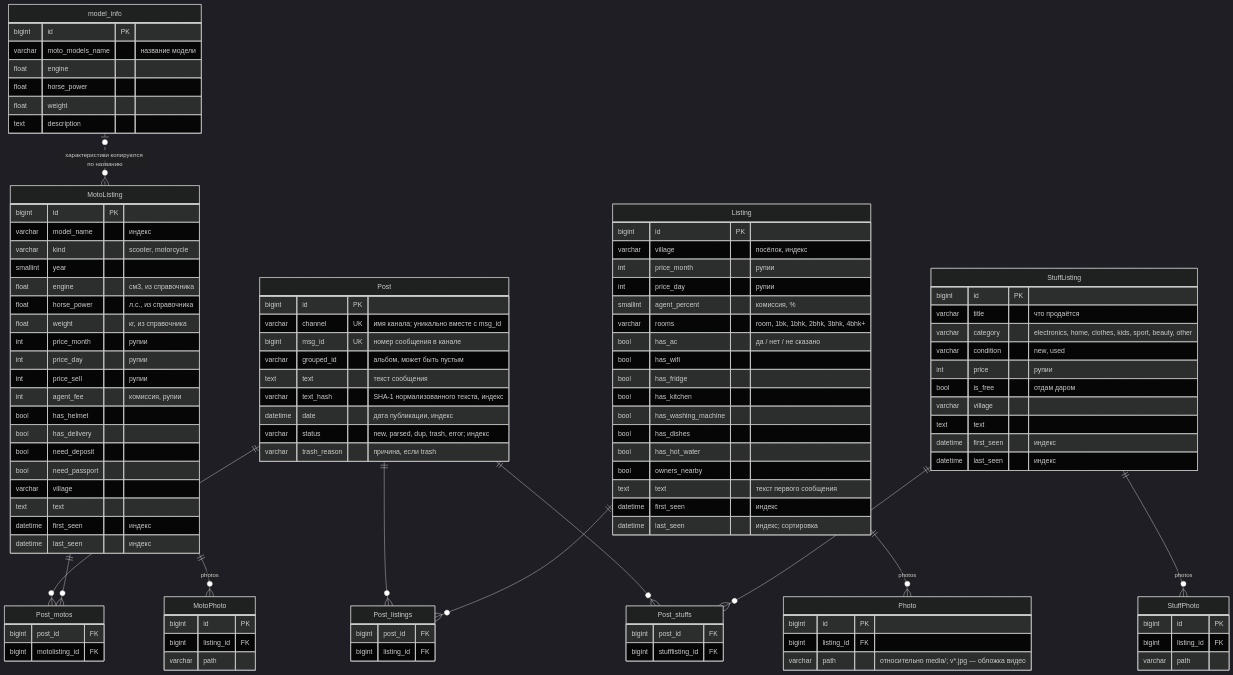
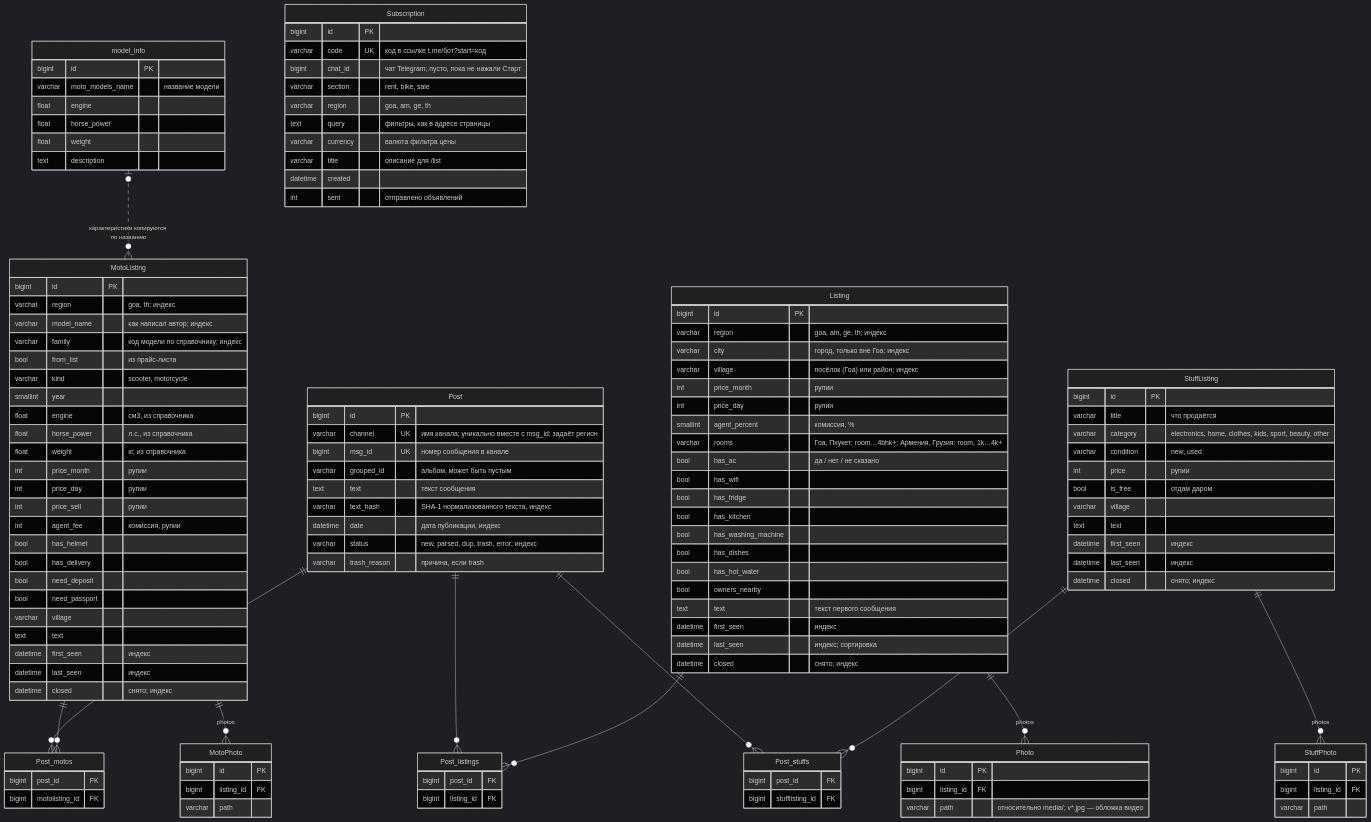
One commit to Demitrofan/Goads changed the diagram in docs/04-data-model.md. Above: the diagram before and after it, drawn with Mermaid (dark theme). The commit also changed other lines of this file and 14 other files, not shown here.

````diff
--- a/docs/04-data-model.md
+++ b/docs/04-data-model.md
@@ -35,7 +43,7 @@
 
     Post {
         bigint id PK
-        varchar channel UK "имя канала; уникально вместе с msg_id"
+        varchar channel UK "имя канала; уникально вместе с msg_id; задаёт регион"
         bigint msg_id UK "номер сообщения в канале"
         varchar grouped_id "альбом, может быть пустым"
         text text "текст сообщения"
@@ -58,11 +66,13 @@
     }
     Listing {
         bigint id PK
-        varchar village "посёлок, индекс"
+        varchar region "goa, am, ge, th; индекс"
+        varchar city "город, только вне Гоа; индекс"
+        varchar village "посёлок (Гоа) или район; индекс"
         int price_month "рупии"
         int price_day "рупии"
         smallint agent_percent "комиссия, %"
-        varchar rooms "room, 1bk, 1bhk, 2bhk, 3bhk, 4bhk+"
+        varchar rooms "Гоа, Пхукет: room…4bhk+; Армения, Грузия: room, 1k…4k+"
         bool has_ac "да / нет / не сказано"
         bool has_wifi
         bool has_fridge
@@ -74,10 +84,14 @@
         text text "текст первого сообщения"
         datetime first_seen "индекс"
         datetime last_seen "индекс; сортировка"
+        datetime closed "снято; индекс"
     }
     MotoListing {
         bigint id PK
-        varchar model_name "индекс"
+        varchar region "goa, th; индекс"
+        varchar model_name "как написал автор; индекс"
+        varchar family "код модели по справочнику; индекс"
+        bool from_list "из прайс-листа"
         varchar kind "scooter, motorcycle"
         smallint year
         float engine "см3, из справочника"
@@ -95,6 +109,7 @@
         text text
         datetime first_seen "индекс"
         datetime last_seen "индекс"
+        datetime closed "снято; индекс"
     }
     StuffListing {
         bigint id PK
@@ -107,6 +122,7 @@
         text text
         datetime first_seen "индекс"
         datetime last_seen "индекс"
+        datetime closed "снято; индекс"
     }
     Photo {
         bigint id PK
@@ -131,4 +147,16 @@
         float weight
         text description
     }
+    Subscription {
+        bigint id PK
+        varchar code UK "код в ссылке t.me/бот?start=код"
+        bigint chat_id "чат Telegram; пусто, пока не нажали Старт"
+        varchar section "rent, bike, sale"
+        varchar region "goa, am, ge, th"
+        text query "фильтры, как в адресе страницы"
+        varchar currency "валюта фильтра цены"
+        varchar title "описание для /list"
+        datetime created
+        int sent "отправлено объявлений"
+    }
 ```
````
